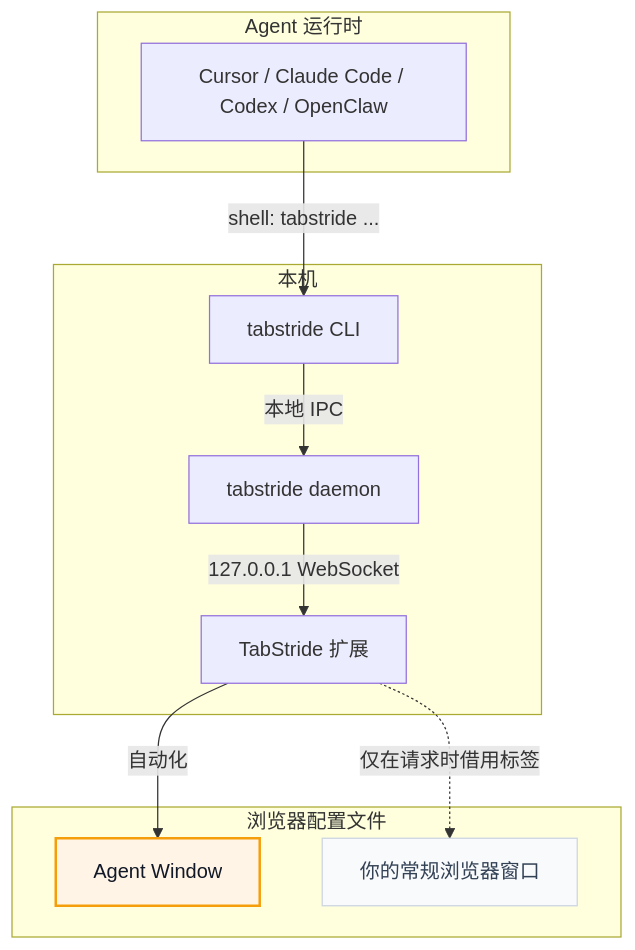
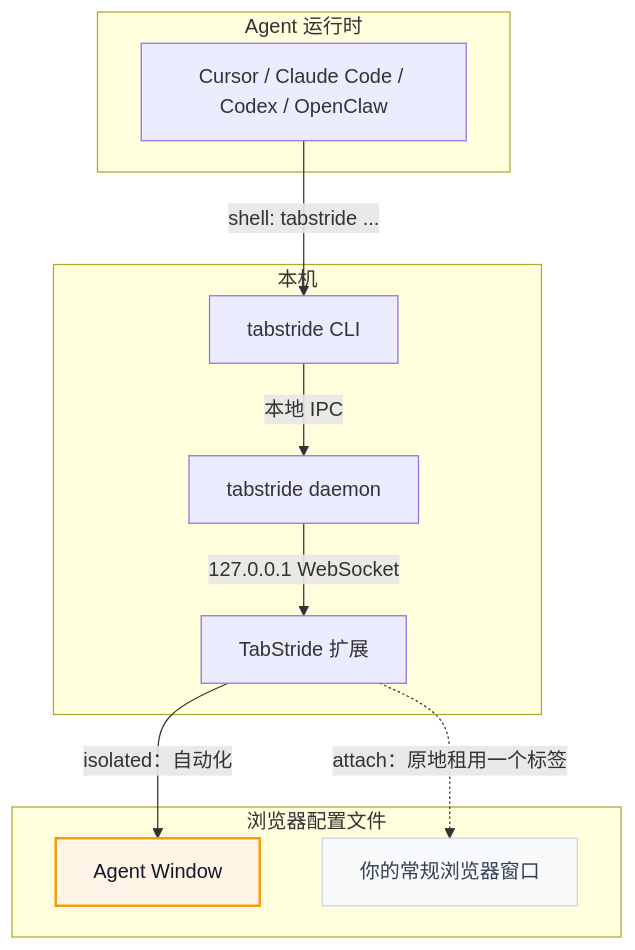
One commit to SeldomQA/TabStride changed the diagram in README.zh-CN.md. Above: the diagram before and after it, drawn with Mermaid. The commit also changed other lines of this file and 1 other file, not shown here.

````diff
--- a/README.zh-CN.md
+++ b/README.zh-CN.md
@@ -145,26 +168,26 @@
 ```mermaid
 flowchart TB
   subgraph Harness["Agent 运行时"]
     Agent["Cursor / Claude Code / Codex / OpenClaw"]
   end
 
   subgraph Local["本机"]
     CLI["tabstride CLI"]
     Daemon["tabstride daemon"]
     Extension["TabStride 扩展"]
   end
 
   subgraph Browser["浏览器配置文件"]
     AgentWindow["Agent Window"]
     UserWindows["你的常规浏览器窗口"]
   end
 
   Agent -->|"shell: tabstride ..."| CLI
   CLI -->|"本地 IPC"| Daemon
   Daemon -->|"127.0.0.1 WebSocket"| Extension
-  Extension -->|"自动化"| AgentWindow
-  Extension -.->|"仅在请求时借用标签"| UserWindows
+  Extension -->|"isolated：自动化"| AgentWindow
+  Extension -.->|"attach：原地租用一个标签"| UserWindows
 
   style AgentWindow fill:#fff4e6,stroke:#f59e0b,stroke-width:2px,color:#111827
   style UserWindows fill:#f8fafc,stroke:#cbd5e1,color:#334155
 ```
````
